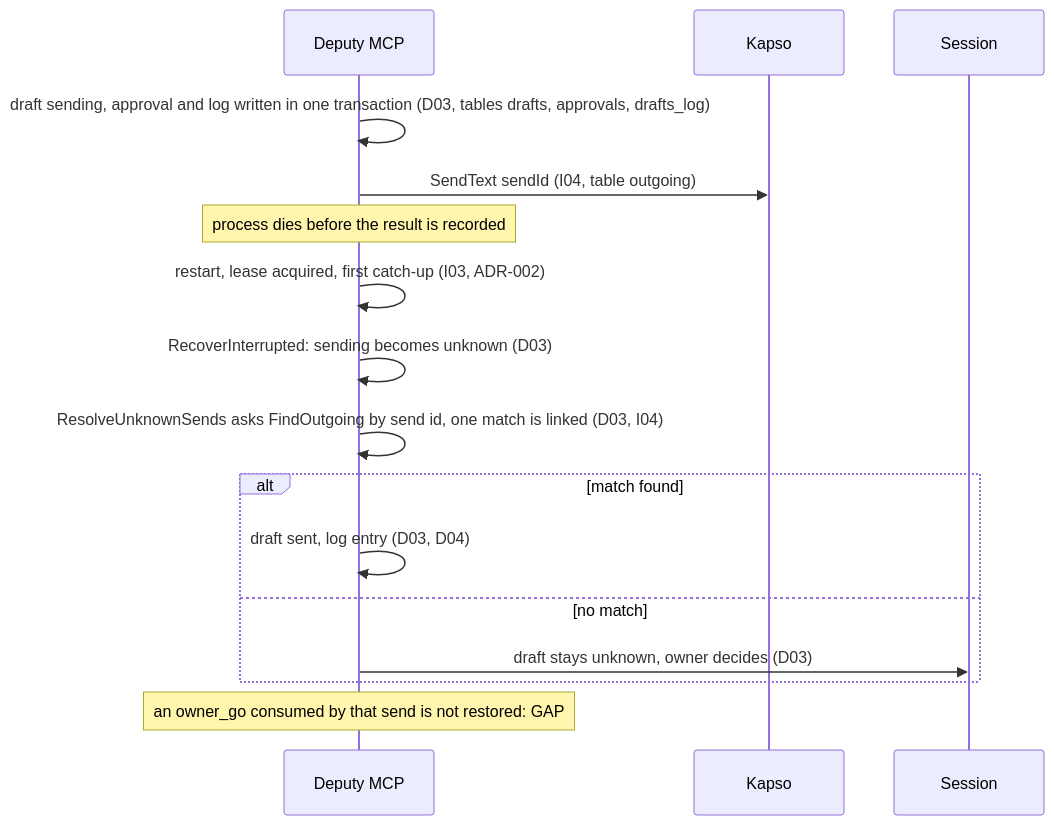
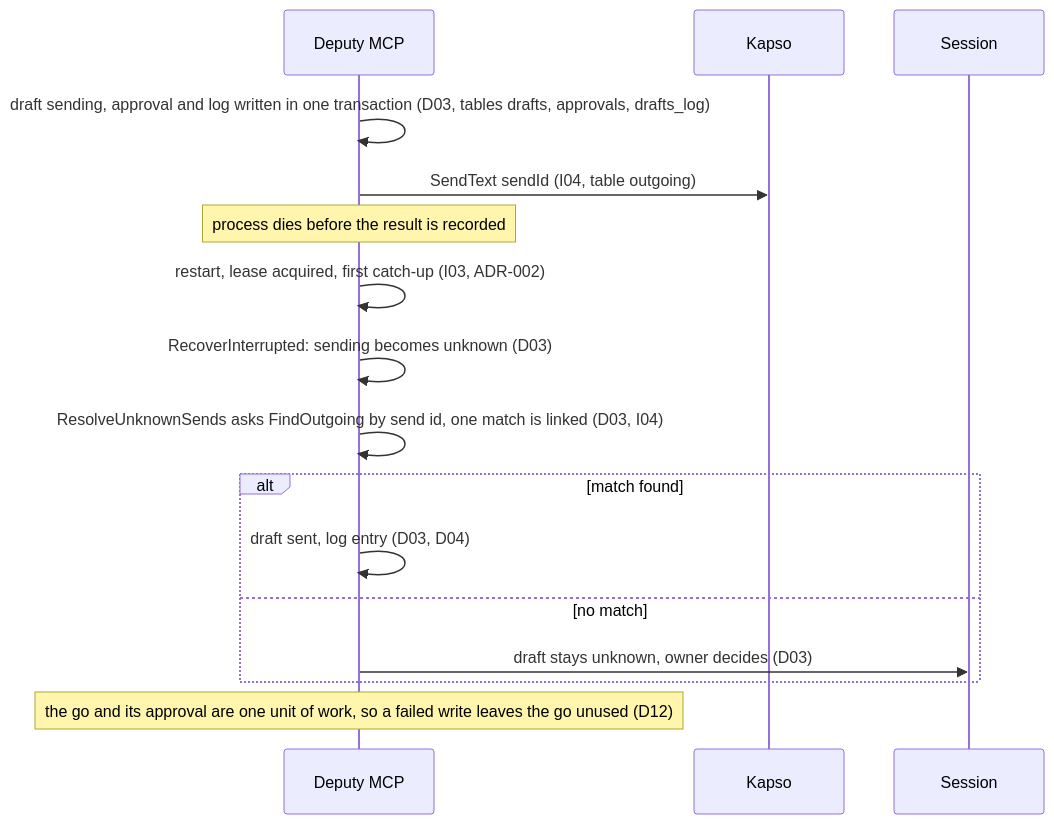
The eighth of 15 diagrams in docs/tp-detail/TP-pilot-end-to-end.md (antonygiomarxdev/deputy), drawn with Mermaid before and after one commit. The commit also changed other lines of this file, not shown here.

Commit message:
docs: drop the GAP marks that merged specs closed

````diff
--- a/docs/tp-detail/TP-pilot-end-to-end.md
+++ b/docs/tp-detail/TP-pilot-end-to-end.md
@@ -203,18 +203,18 @@
 ```mermaid
 sequenceDiagram
   participant M as Deputy MCP
   participant K as Kapso
   participant S as Session
   M->>M: draft sending, approval and log written in one transaction (D03, tables drafts, approvals, drafts_log)
   M->>K: SendText sendId (I04, table outgoing)
   Note over M: process dies before the result is recorded
   M->>M: restart, lease acquired, first catch-up (I03, ADR-002)
   M->>M: RecoverInterrupted: sending becomes unknown (D03)
   M->>M: ResolveUnknownSends asks FindOutgoing by send id, one match is linked (D03, I04)
   alt match found
     M->>M: draft sent, log entry (D03, D04)
   else no match
     M->>S: draft stays unknown, owner decides (D03)
   end
-  Note over M: an owner_go consumed by that send is not restored: GAP
+  Note over M: the go and its approval are one unit of work, so a failed write leaves the go unused (D12)
 ```
````
